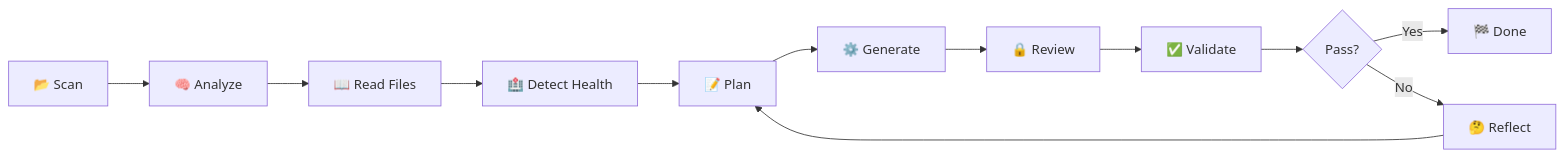
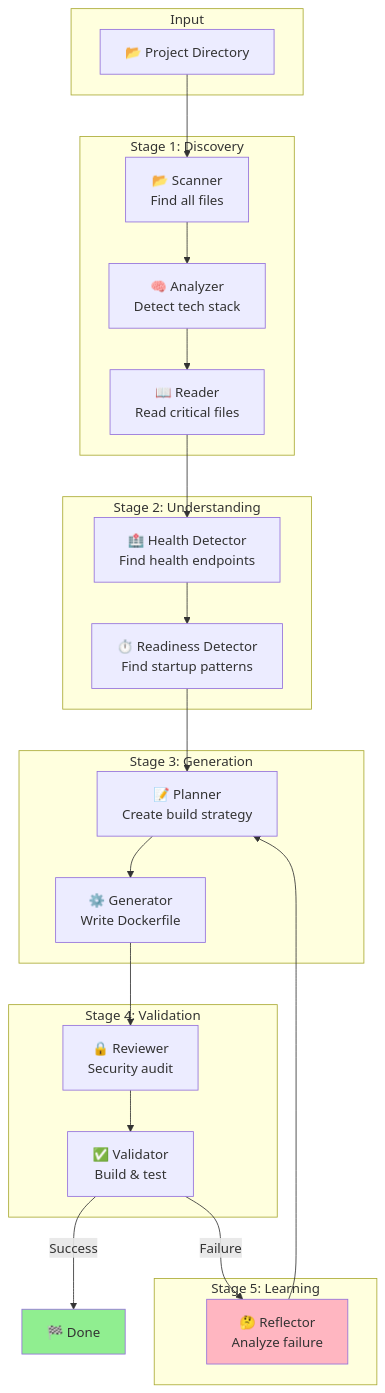
The diagram in docs/getting-started.md (actions-marketplace-validations/itzzjb_dockai), drawn with Mermaid before and after one commit. The commit also changed other lines of this file and 10 other files, not shown here.

````diff
--- a/docs/getting-started.md
+++ b/docs/getting-started.md
@@ -185,14 +583,38 @@
 ```mermaid
-flowchart LR
-    A[📂 Scan] --> B[🧠 Analyze]
-    B --> C[📖 Read Files]
-    C --> D[🏥 Detect Health]
-    D --> E[📝 Plan]
-    E --> F[⚙️ Generate]
-    F --> G[🔒 Review]
-    G --> H[✅ Validate]
-    H --> I{Pass?}
-    I -->|Yes| J[🏁 Done]
-    I -->|No| K[🤔 Reflect]
-    K --> E
+flowchart TB
+    subgraph Input
+        A[📂 Project Directory]
+    end
+    
+    subgraph "Stage 1: Discovery"
+        B[📂 Scanner<br/>Find all files]
+        C[🧠 Analyzer<br/>Detect tech stack]
+        D[📖 Reader<br/>Read critical files]
+    end
+    
+    subgraph "Stage 2: Understanding"
+        E[🏥 Health Detector<br/>Find health endpoints]
+        F[⏱️ Readiness Detector<br/>Find startup patterns]
+    end
+    
+    subgraph "Stage 3: Generation"
+        G[📝 Planner<br/>Create build strategy]
+        H[⚙️ Generator<br/>Write Dockerfile]
+    end
+    
+    subgraph "Stage 4: Validation"
+        I[🔒 Reviewer<br/>Security audit]
+        J[✅ Validator<br/>Build & test]
+    end
+    
+    subgraph "Stage 5: Learning"
+        K[🤔 Reflector<br/>Analyze failure]
+    end
+    
+    A --> B --> C --> D --> E --> F --> G --> H --> I --> J
+    J -->|Success| L[🏁 Done]
+    J -->|Failure| K --> G
+    
+    style L fill:#90EE90
+    style K fill:#FFB6C1
 ```
````
